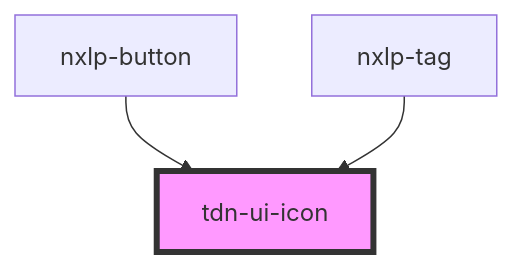
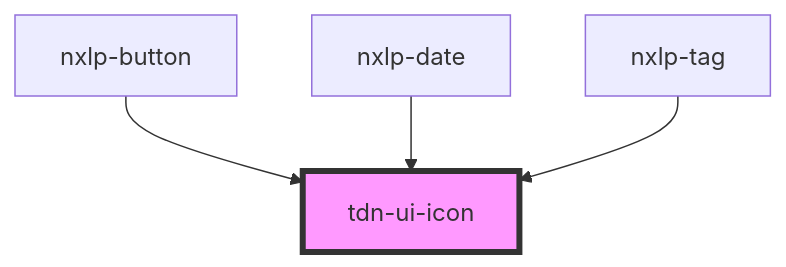
One commit to magdalenamaglicic/tasks changed the diagram in libs/ui/src/components/design-system/icon/readme.md. Above: the diagram before and after it, drawn with Mermaid. The commit also changed other lines of this file and 7 other files, not shown here.

````diff
--- a/libs/ui/src/components/design-system/icon/readme.md
+++ b/libs/ui/src/components/design-system/icon/readme.md
@@ -27,6 +28,7 @@
 ```mermaid
 graph TD;
   nxlp-button --> tdn-ui-icon
+  nxlp-date --> tdn-ui-icon
   nxlp-tag --> tdn-ui-icon
   style tdn-ui-icon fill:#f9f,stroke:#333,stroke-width:4px
 ```
````
